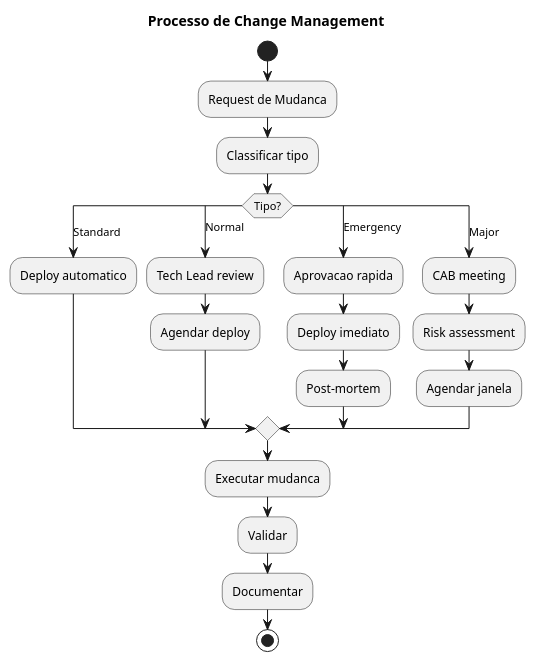
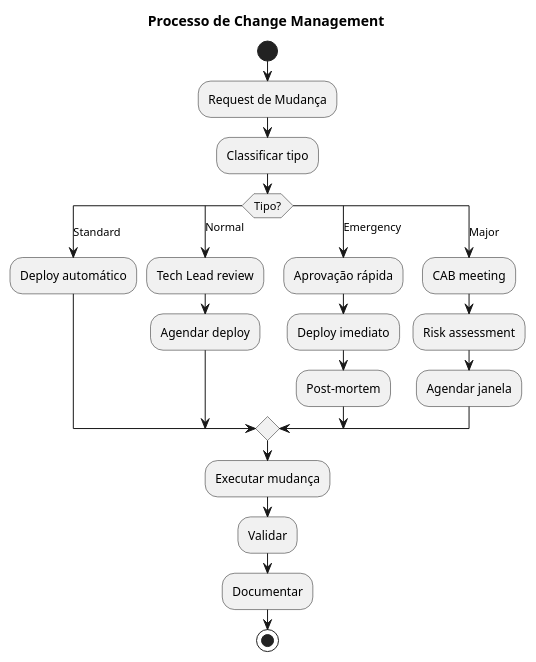
One commit to beduardo/novobanco_website_doc changed the fifth of 6 diagrams in current/definitions/DEF-15-governacao-roadmap.md. Above: the diagram before and after it, drawn with PlantUML. The commit also changed other lines of this file and 182 other files, not shown here.

````diff
--- a/current/definitions/DEF-15-governacao-roadmap.md
+++ b/current/definitions/DEF-15-governacao-roadmap.md
@@ -306,33 +306,33 @@
 ```plantuml
 @startuml
 skinparam backgroundColor white
 
 title Processo de Change Management
 
 start
-:Request de Mudanca;
+:Request de Mudança;
 :Classificar tipo;
 
 switch (Tipo?)
 case (Standard)
-    :Deploy automatico;
+    :Deploy automático;
 case (Normal)
     :Tech Lead review;
     :Agendar deploy;
 case (Emergency)
-    :Aprovacao rapida;
+    :Aprovação rápida;
     :Deploy imediato;
     :Post-mortem;
 case (Major)
     :CAB meeting;
     :Risk assessment;
     :Agendar janela;
 endswitch
 
-:Executar mudanca;
+:Executar mudança;
 :Validar;
 :Documentar;
 stop
 
 @enduml
 ```
````
